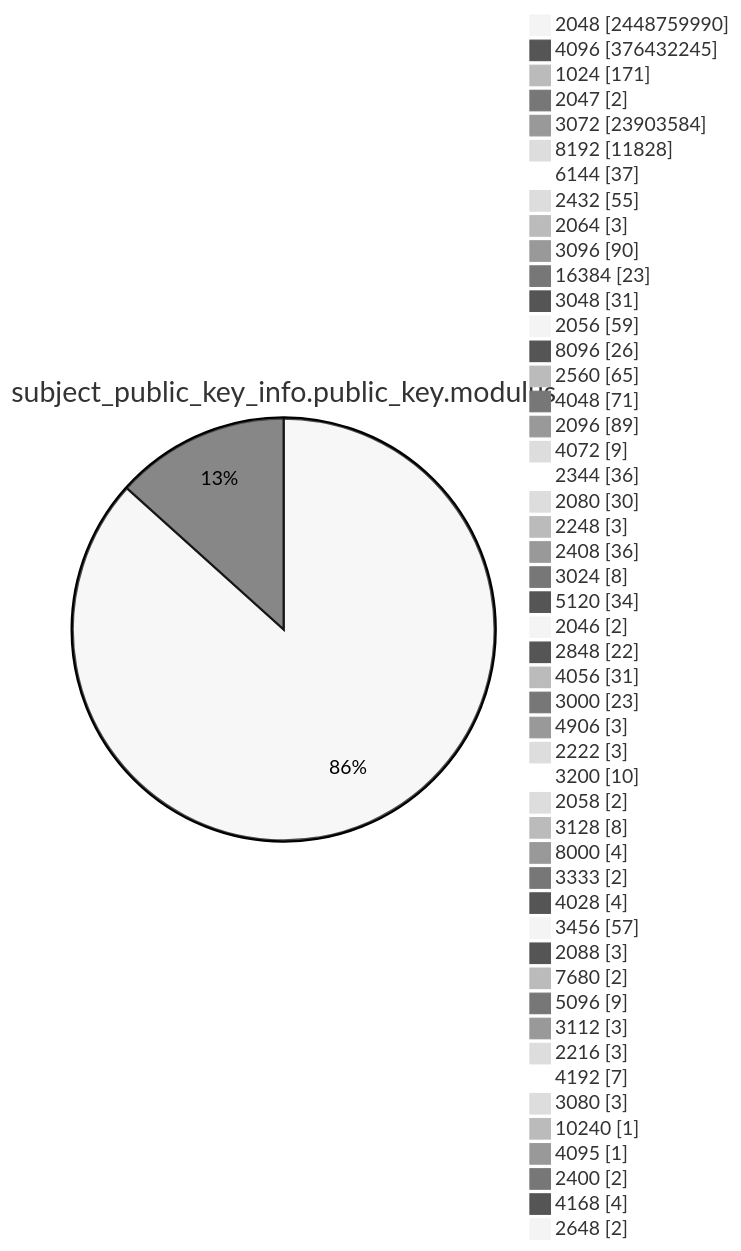
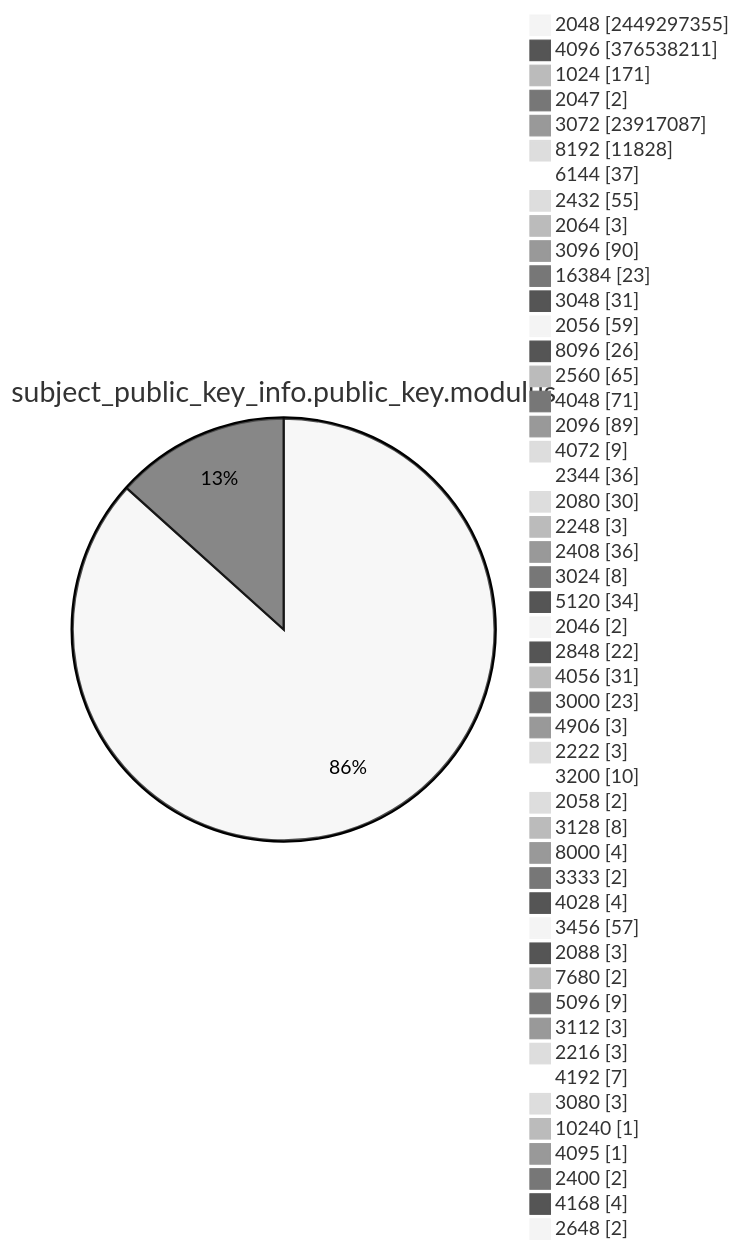
Before and after one commit to christiankrug/ctmonitor_visualization: diagram 13 of 15 in TOTAL/README.md, drawn with Mermaid (neutral theme). The commit also changed other lines of this file, not shown here.

````diff
--- a/TOTAL/README.md
+++ b/TOTAL/README.md
@@ -4168,53 +4168,53 @@
 ```mermaid
 pie showData
 title subject_public_key_info.public_key.modulus
-"2048" :2448759990
-"4096" :376432245
+"2048" :2449297355
+"4096" :376538211
 "1024" :171
 "2047" :2
-"3072" :23903584
+"3072" :23917087
 "8192" :11828
 "6144" :37
 "2432" :55
 "2064" :3
 "3096" :90
 "16384" :23
 "3048" :31
 "2056" :59
 "8096" :26
 "2560" :65
 "4048" :71
 "2096" :89
 "4072" :9
 "2344" :36
 "2080" :30
 "2248" :3
 "2408" :36
 "3024" :8
 "5120" :34
 "2046" :2
 "2848" :22
 "4056" :31
 "3000" :23
 "4906" :3
 "2222" :3
 "3200" :10
 "2058" :2
 "3128" :8
 "8000" :4
 "3333" :2
 "4028" :4
 "3456" :57
 "2088" :3
 "7680" :2
 "5096" :9
 "3112" :3
 "2216" :3
 "4192" :7
 "3080" :3
 "10240" :1
 "4095" :1
 "2400" :2
 "4168" :4
 "2648" :2
 ```
````
